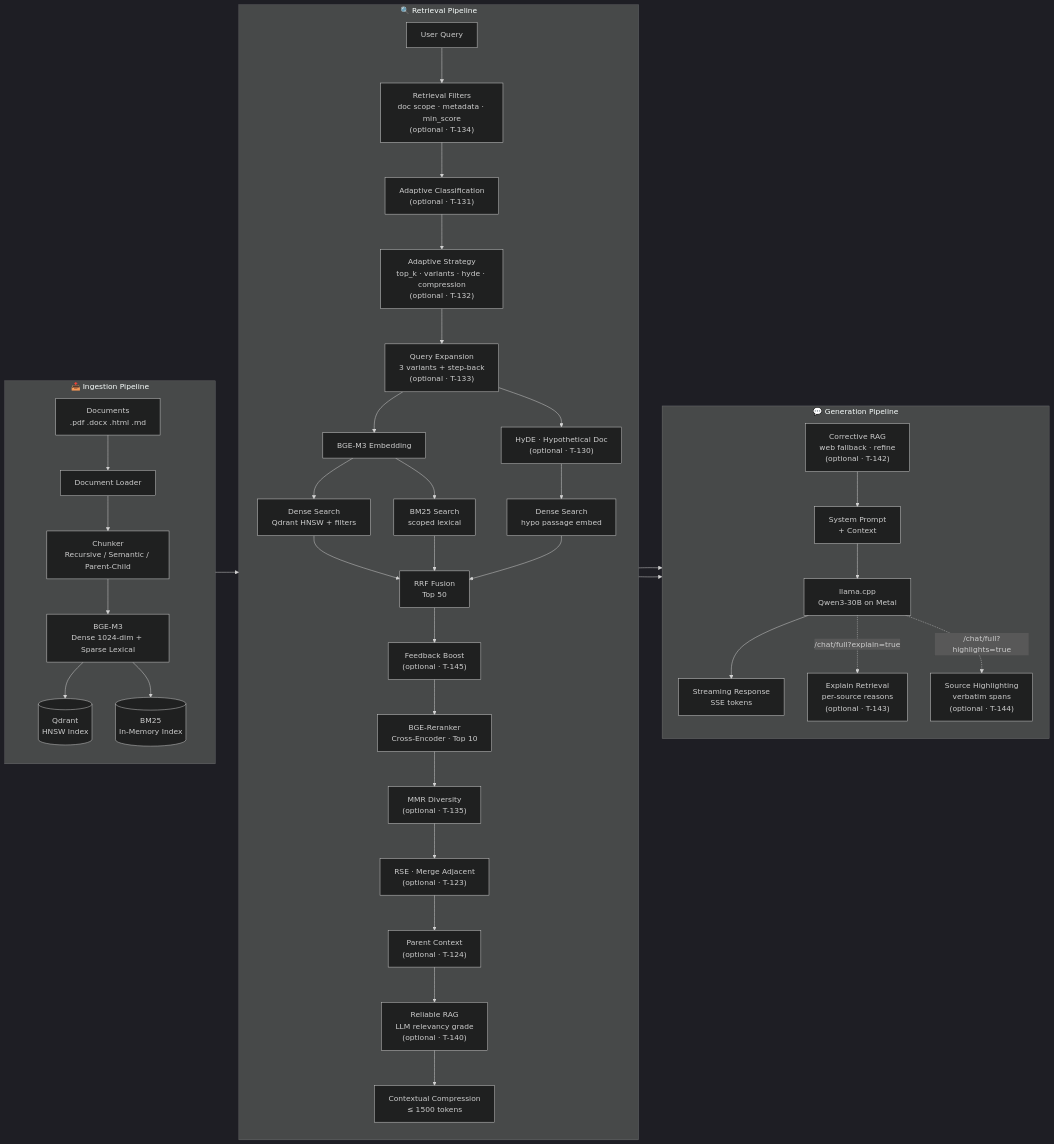
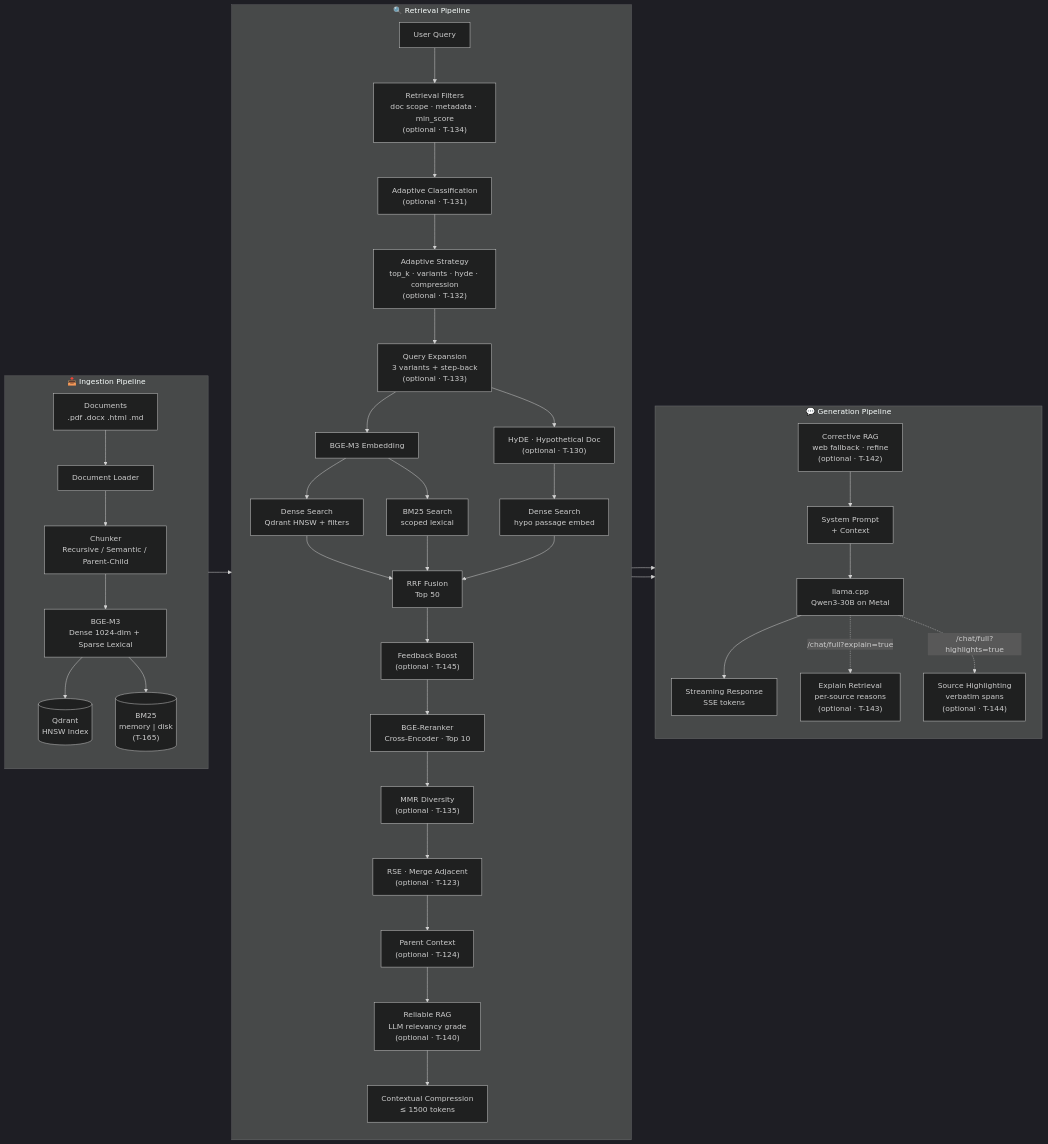
The first of 16 diagrams in README.md (ealbertoav/rag_platform), drawn with Mermaid (dark theme) before and after one commit. The commit also changed other lines of this file and 1 other file, not shown here.

First line of the commit message:
Enhance BM25 ingestion pipeline with disk-backed index improvements (T-165):

````diff
--- a/README.md
+++ b/README.md
@@ -94,47 +94,47 @@
 ```mermaid
 flowchart LR
     subgraph INGEST["📥 Ingestion Pipeline"]
         direction TB
         D["Documents<br/>.pdf .docx .html .md"] --> L[Document Loader]
         L --> C["Chunker<br/>Recursive / Semantic / Parent-Child"]
         C --> E["BGE-M3<br/>Dense 1024-dim + Sparse Lexical"]
         E --> Q[("Qdrant<br/>HNSW Index")]
-        E --> B[("BM25<br/>In-Memory Index")]
+        E --> B[("BM25<br/>memory | disk<br/>(T-165)")]
     end
 
     subgraph RETRIEVE["🔍 Retrieval Pipeline"]
         direction TB
         QX["User Query"] --> FILT["Retrieval Filters<br/>doc scope · metadata · min_score<br/>(optional · T-134)"]
         FILT --> ADAPT["Adaptive Classification<br/>(optional · T-131)"]
         ADAPT --> STRAT["Adaptive Strategy<br/>top_k · variants · hyde · compression<br/>(optional · T-132)"]
         STRAT --> EXP["Query Expansion<br/>3 variants + step-back<br/>(optional · T-133)"]
         EXP --> EM[BGE-M3 Embedding]
         EXP --> HYDE["HyDE · Hypothetical Doc<br/>(optional · T-130)"]
         HYDE --> DS2["Dense Search<br/>hypo passage embed"]
         EM --> DS["Dense Search<br/>Qdrant HNSW + filters"]
         EM --> BS["BM25 Search<br/>scoped lexical"]
         DS --> RF["RRF Fusion<br/>Top 50"]
         DS2 --> RF
         BS --> RF
         RF --> FB["Feedback Boost<br/>(optional · T-145)"]
         FB --> RR["BGE-Reranker<br/>Cross-Encoder · Top 10"]
         RR --> DIV["MMR Diversity<br/>(optional · T-135)"]
         DIV --> RSE["RSE · Merge Adjacent<br/>(optional · T-123)"]
         RSE --> PC["Parent Context<br/>(optional · T-124)"]
         PC --> RRAG["Reliable RAG<br/>LLM relevancy grade<br/>(optional · T-140)"]
         RRAG --> CC["Contextual Compression<br/>≤ 1500 tokens"]
     end
 
     subgraph GENERATE["💬 Generation Pipeline"]
         direction TB
         CC --> CRAG["Corrective RAG<br/>web fallback · refine<br/>(optional · T-142)"]
         CRAG --> PR["System Prompt<br/>+ Context"]
         PR --> LLM["llama.cpp<br/>Qwen3-30B on Metal"]
         LLM --> SSE["Streaming Response<br/>SSE tokens"]
         LLM -.->|"/chat/full?explain=true"| XPL["Explain Retrieval<br/>per-source reasons<br/>(optional · T-143)"]
         LLM -.->|"/chat/full?highlights=true"| HL["Source Highlighting<br/>verbatim spans<br/>(optional · T-144)"]
     end
 
     INGEST --> RETRIEVE
     RETRIEVE --> GENERATE
 ```
````
